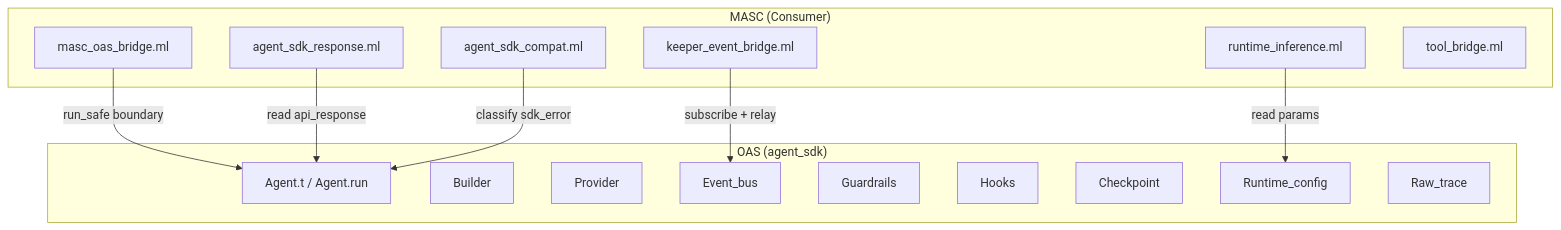
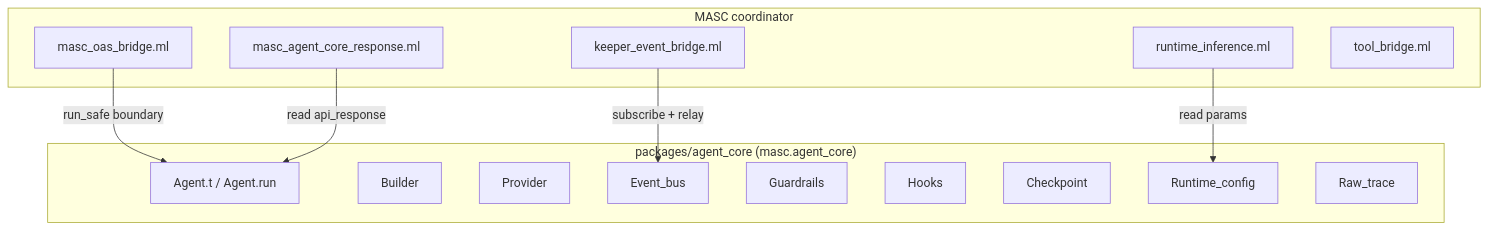
The diagram in docs/spec/13-oas-integration.md (jeong-sik/masc), drawn with Mermaid before and after one commit. The commit also changed other lines of this file and 695 other files, not shown here.

Commit message:
refactor: absorb agent core into MASC

````diff
--- a/docs/spec/13-oas-integration.md
+++ b/docs/spec/13-oas-integration.md
@@ -54,27 +59,25 @@
 ```mermaid
 graph TB
-  subgraph "MASC (Consumer)"
+  subgraph "MASC coordinator"
     KEB[keeper_event_bridge.ml]
-    ASR[agent_sdk_response.ml]
+    ASR[masc_agent_core_response.ml]
     MOB[masc_oas_bridge.ml]
-    OC[agent_sdk_compat.ml]
     CI[runtime_inference.ml]
     TB[tool_bridge.ml]
   end
-  subgraph "OAS (agent_sdk)"
+  subgraph "packages/agent_core (masc.agent_core)"
     AG[Agent.t / Agent.run]
     BU[Builder]
     PR[Provider]
     EB[Event_bus]
     GR[Guardrails]
     HK[Hooks]
     CK[Checkpoint]
     CC2[Runtime_config]
     RT[Raw_trace]
   end
   MOB -->|"run_safe boundary"| AG
   KEB -->|"subscribe + relay"| EB
   ASR -->|"read api_response"| AG
-  OC -->|"classify sdk_error"| AG
   CI -->|"read params"| CC2
 ```
````
